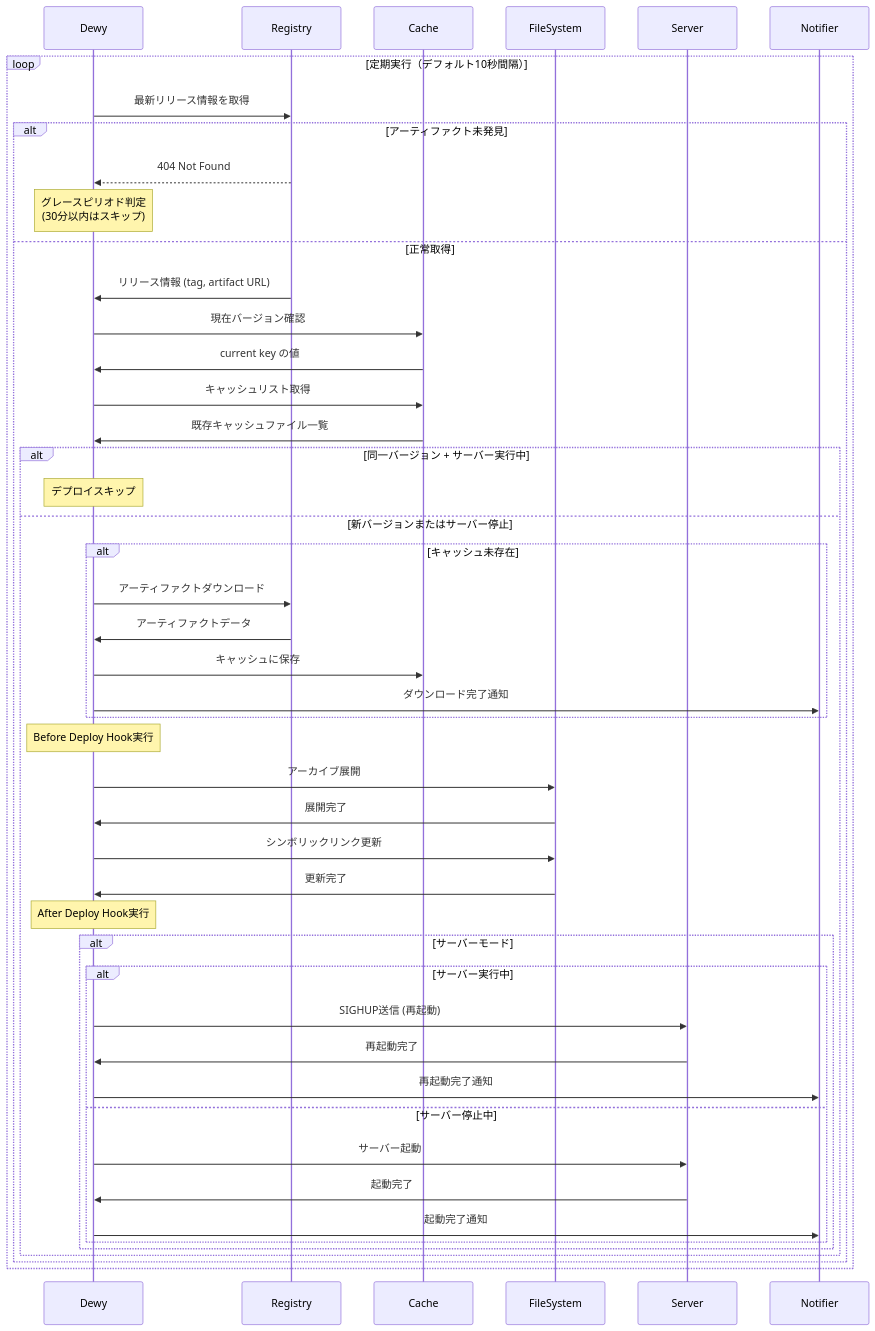
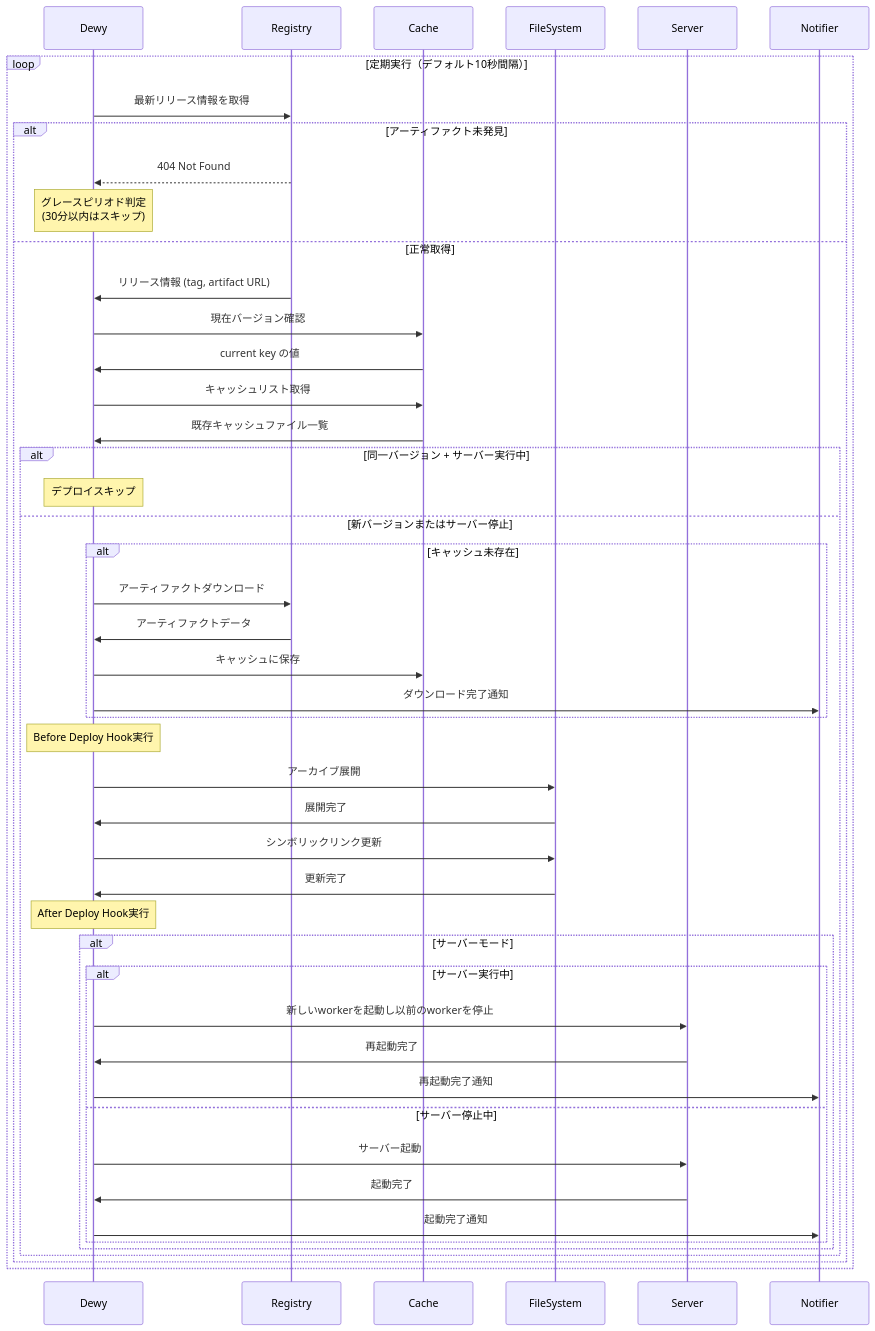
Before and after one commit to linyows/dewy: the first of 3 diagrams in docs/pages/ja/deployment-workflow.md, drawn with Mermaid. The commit also changed other lines of this file and 29 other files, not shown here.

````diff
--- a/docs/pages/ja/deployment-workflow.md
+++ b/docs/pages/ja/deployment-workflow.md
@@ -21,53 +21,53 @@
 ```mermaid
 sequenceDiagram
     participant D as Dewy
     participant R as Registry
     participant C as Cache
     participant F as FileSystem
     participant S as Server
     participant N as Notifier
 
     loop 定期実行（デフォルト10秒間隔）
         D->>R: 最新リリース情報を取得
         alt アーティファクト未発見
             R-->>D: 404 Not Found
             note over D: グレースピリオド判定<br/>(30分以内はスキップ)
         else 正常取得
             R->>D: リリース情報 (tag, artifact URL)
             D->>C: 現在バージョン確認
             C->>D: current key の値
             D->>C: キャッシュリスト取得
             C->>D: 既存キャッシュファイル一覧
 
             alt 同一バージョン + サーバー実行中
                 note over D: デプロイスキップ
             else 新バージョンまたはサーバー停止
                 alt キャッシュ未存在
                     D->>R: アーティファクトダウンロード
                     R->>D: アーティファクトデータ
                     D->>C: キャッシュに保存
                     D->>N: ダウンロード完了通知
                 end
 
                 note over D: Before Deploy Hook実行
                 D->>F: アーカイブ展開
                 F->>D: 展開完了
                 D->>F: シンボリックリンク更新
                 F->>D: 更新完了
                 note over D: After Deploy Hook実行
 
                 alt サーバーモード
                     alt サーバー実行中
-                        D->>S: SIGHUP送信 (再起動)
+                        D->>S: 新しいworkerを起動し以前のworkerを停止
                         S->>D: 再起動完了
                         D->>N: 再起動完了通知
                     else サーバー停止中
                         D->>S: サーバー起動
                         S->>D: 起動完了
                         D->>N: 起動完了通知
                     end
                 end
             end
         end
     end
 ```
````
